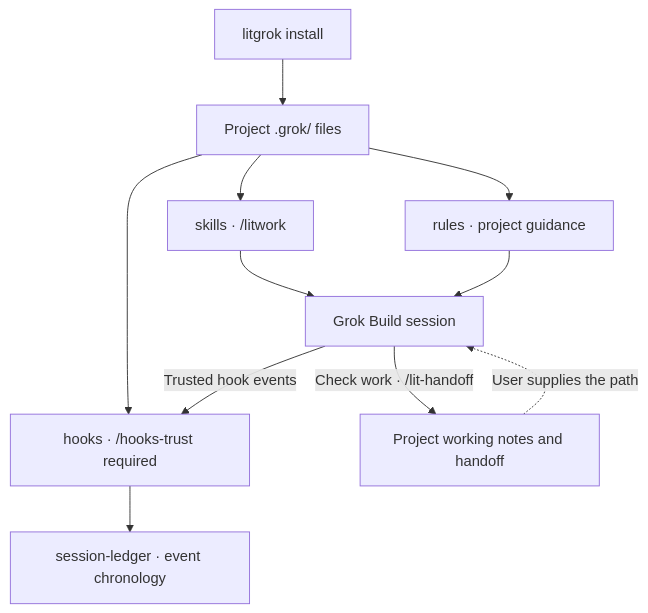
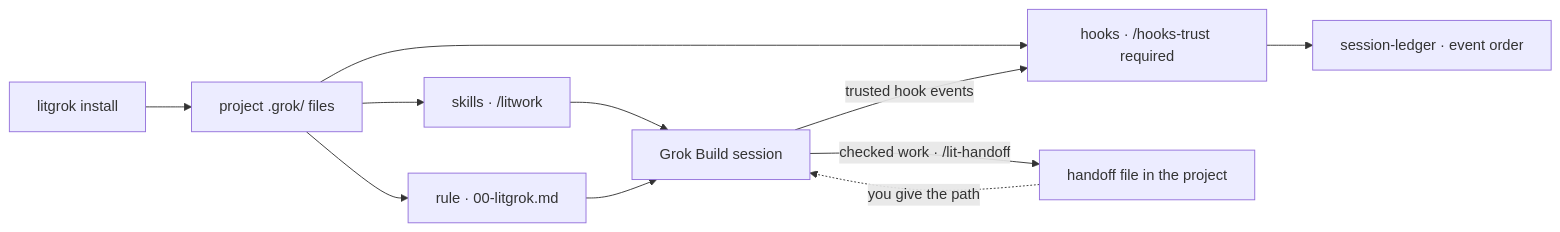
The diagram in README.md (wjgoarxiv/litgrok), drawn with Mermaid before and after one commit. The commit also changed other lines of this file and 9 other files, not shown here.

````diff
--- a/README.md
+++ b/README.md
@@ -231,13 +398,13 @@
 ```mermaid
-flowchart TD
-    I["litgrok install"] --> P["Project .grok/ files"]
+flowchart LR
+    I["litgrok install"] --> P["project .grok/ files"]
     P --> S["skills · /litwork"]
-    P --> R["rules · project guidance"]
+    P --> R["rule · 00-litgrok.md"]
     P --> H["hooks · /hooks-trust required"]
     S --> G["Grok Build session"]
     R --> G
-    G -->|Trusted hook events| H
-    H --> L["session-ledger · event chronology"]
-    G -->|Check work · /lit-handoff| N["Project working notes and handoff"]
-    N -.->|User supplies the path| G
+    G -->|trusted hook events| H
+    H --> L["session-ledger · event order"]
+    G -->|checked work · /lit-handoff| N["handoff file in the project"]
+    N -.->|you give the path| G
 ```
````
